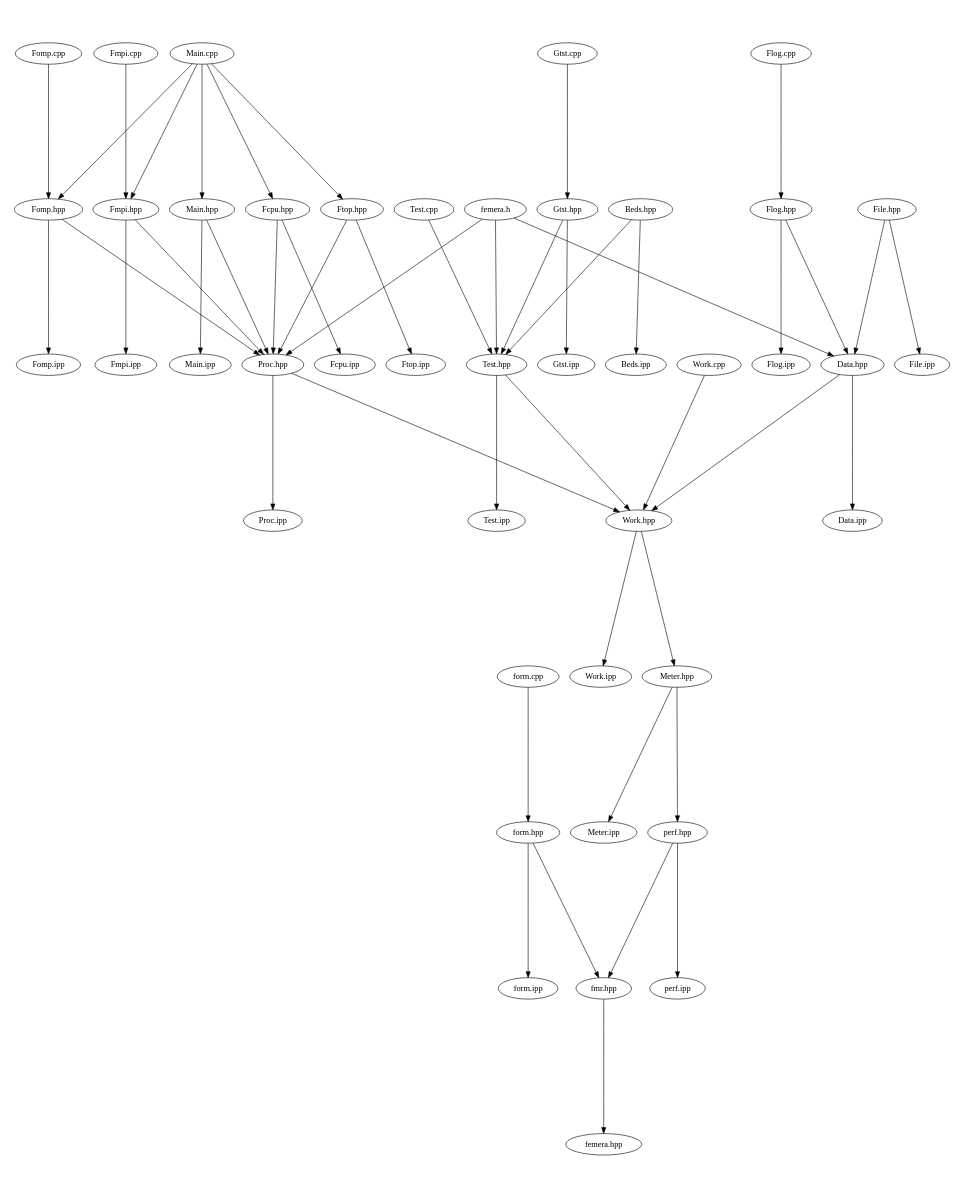
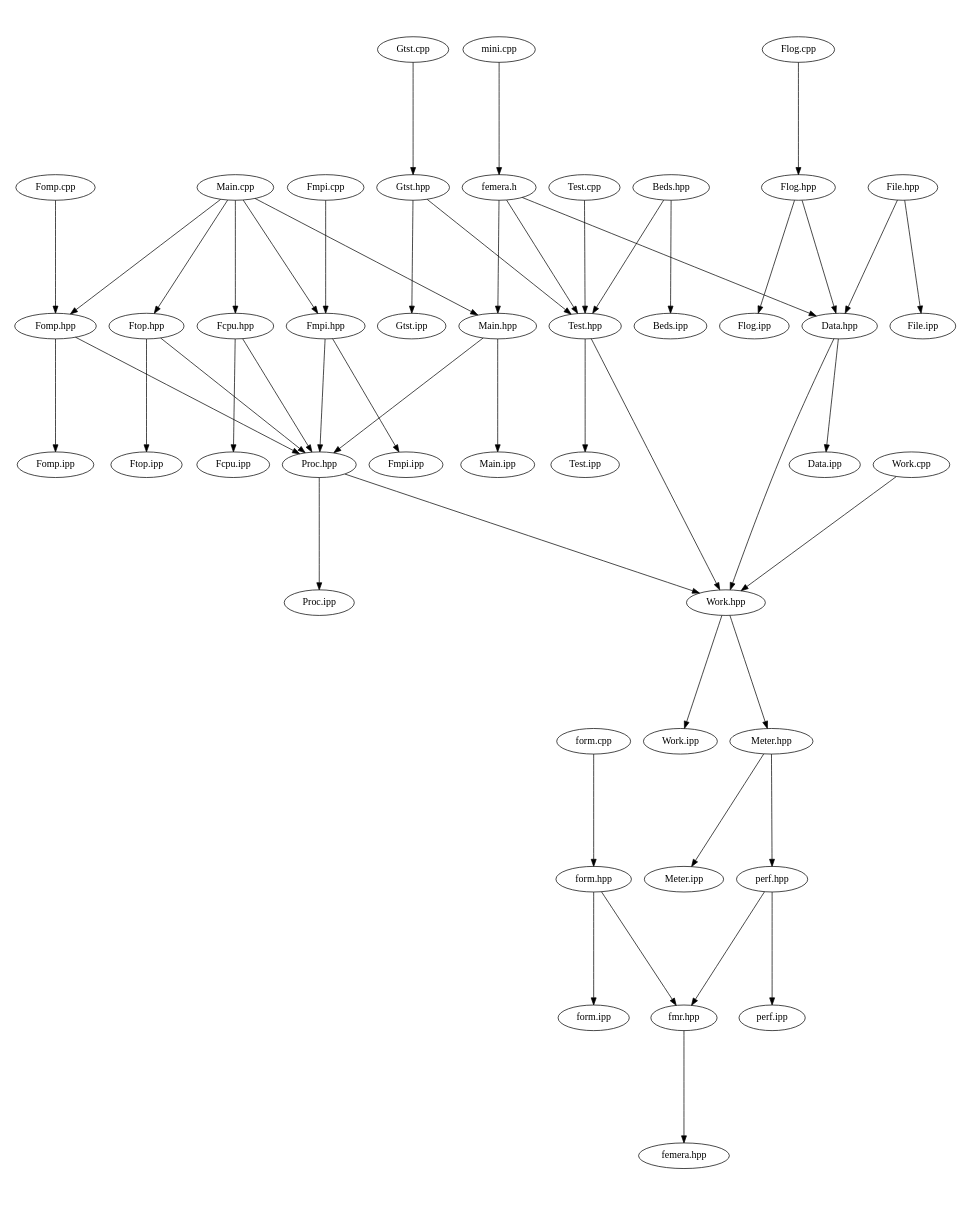
Before and after one commit to waggyz/femera-mini-app: the diagram in src/docs/src-notest.dot, drawn with Graphviz. The commit also changed 9 other files, not shown here.

```diff
--- a/src/docs/src-notest.dot
+++ b/src/docs/src-notest.dot
@@ -1,56 +1,57 @@
 digraph "source tree" {
     overlap=scale;
     size="8,10";
     ratio="fill";
     fontsize="16";
     fontname="Helvetica";
 	clusterrank="local";
 	"Meter.hpp" -> "perf.hpp"
 	"Main.cpp" -> "Fomp.hpp"
+	"femera.h" -> "Main.hpp"
 	"Fmpi.hpp" -> "Fmpi.ipp"
 	"Fomp.cpp" -> "Fomp.hpp"
 	"Main.cpp" -> "Main.hpp"
 	"femera.h" -> "Data.hpp"
-	"femera.h" -> "Proc.hpp"
 	"Proc.hpp" -> "Proc.ipp"
 	"Main.cpp" -> "Fmpi.hpp"
 	"Main.cpp" -> "Fcpu.hpp"
 	"Ftop.hpp" -> "Ftop.ipp"
 	"perf.hpp" -> "fmr.hpp"
 	"Data.hpp" -> "Data.ipp"
 	"Work.hpp" -> "Work.ipp"
 	"femera.h" -> "Test.hpp"
 	"Main.cpp" -> "Ftop.hpp"
 	"Fmpi.hpp" -> "Proc.hpp"
 	"Test.hpp" -> "Work.hpp"
 	"form.hpp" -> "form.ipp"
 	"Gtst.cpp" -> "Gtst.hpp"
 	"Fcpu.hpp" -> "Proc.hpp"
 	"Fomp.hpp" -> "Proc.hpp"
 	"Flog.hpp" -> "Data.hpp"
 	"File.hpp" -> "File.ipp"
 	"Meter.hpp" -> "Meter.ipp"
 	"Fomp.hpp" -> "Fomp.ipp"
 	"Gtst.hpp" -> "Gtst.ipp"
 	"form.cpp" -> "form.hpp"
 	"perf.hpp" -> "perf.ipp"
 	"Fmpi.cpp" -> "Fmpi.hpp"
 	"Fcpu.hpp" -> "Fcpu.ipp"
 	"Work.cpp" -> "Work.hpp"
 	"Main.hpp" -> "Main.ipp"
+	"mini.cpp" -> "femera.h"
 	"Test.cpp" -> "Test.hpp"
 	"Ftop.hpp" -> "Proc.hpp"
 	"File.hpp" -> "Data.hpp"
 	"fmr.hpp" -> "femera.hpp"
 	"Beds.hpp" -> "Test.hpp"
 	"Proc.hpp" -> "Work.hpp"
 	"form.hpp" -> "fmr.hpp"
 	"Gtst.hpp" -> "Test.hpp"
+	"Flog.cpp" -> "Flog.hpp"
 	"Data.hpp" -> "Work.hpp"
-	"Flog.cpp" -> "Flog.hpp"
 	"Beds.hpp" -> "Beds.ipp"
 	"Work.hpp" -> "Meter.hpp"
 	"Main.hpp" -> "Proc.hpp"
 	"Test.hpp" -> "Test.ipp"
 	"Flog.hpp" -> "Flog.ipp"
 }
```
